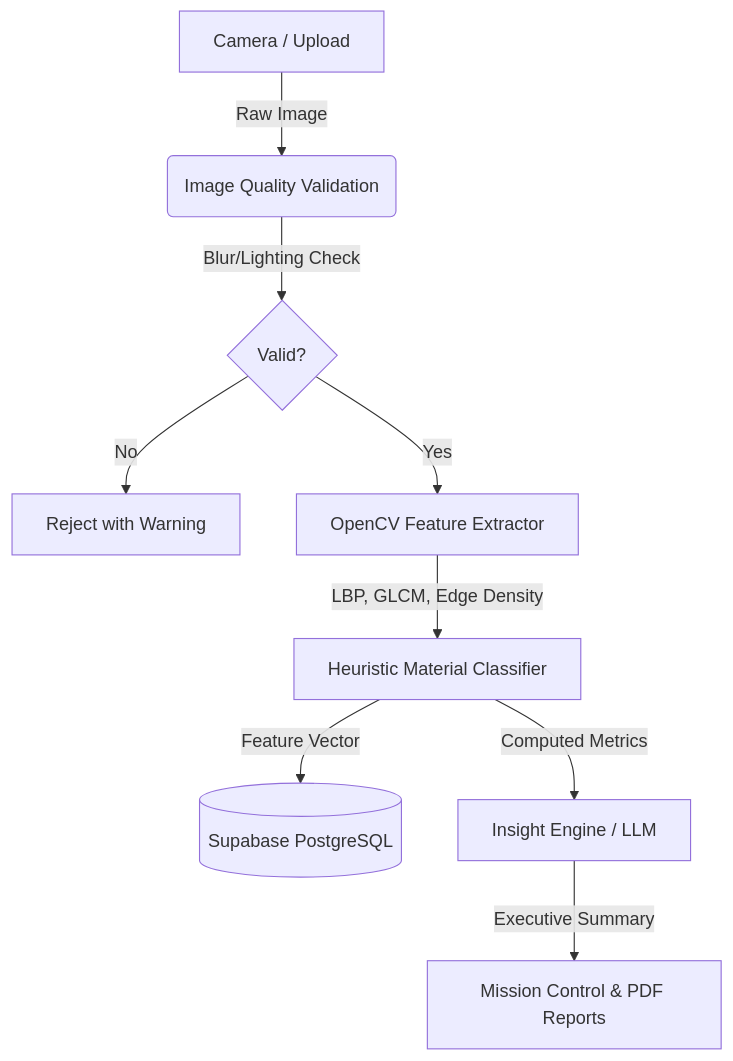
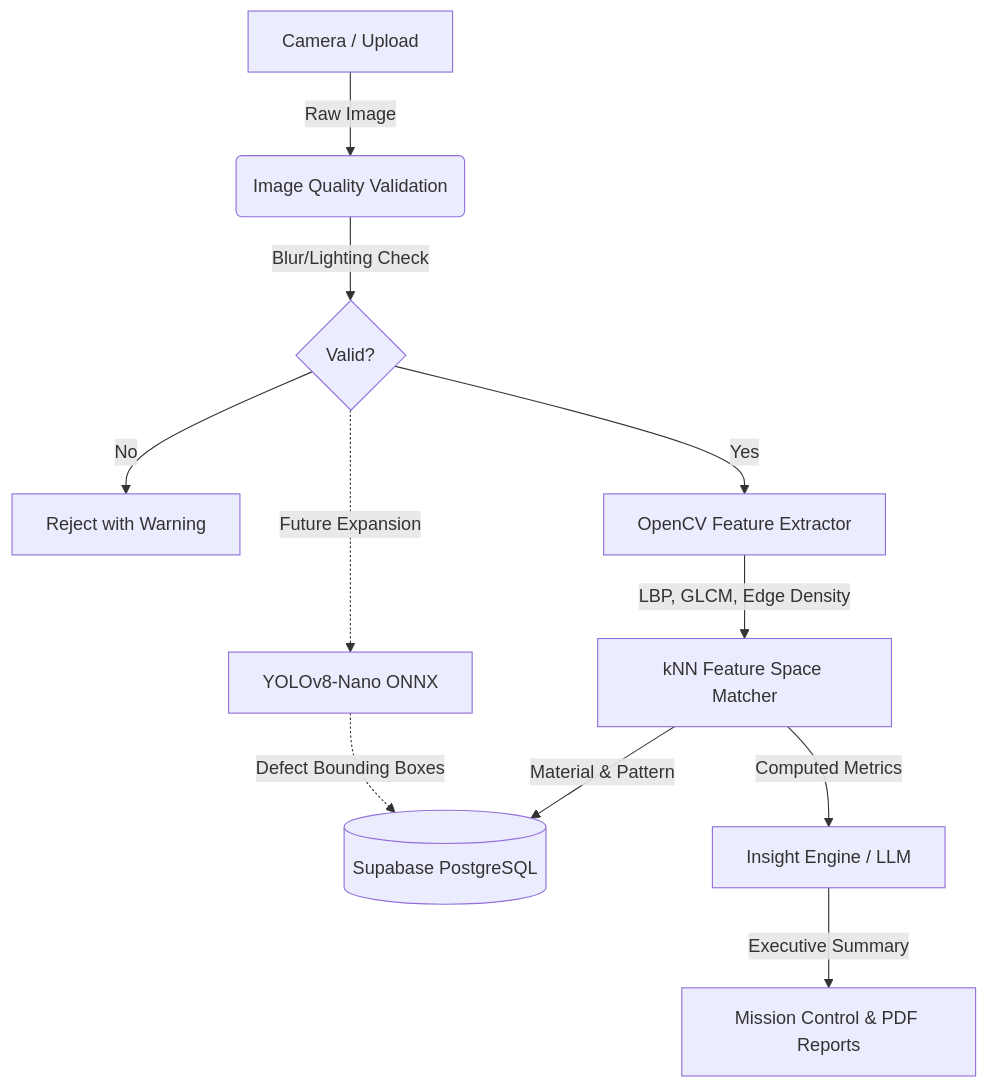
The diagram in README.md (bhargavatejagolla/threadcounty-platform), drawn with Mermaid before and after one commit. The commit also changed other lines of this file, not shown here.

Commit message:
Update README with YOLOv8-Nano roadmap for Vercel deployability

````diff
--- a/README.md
+++ b/README.md
@@ -81,13 +81,16 @@
 ```mermaid
 graph TD
     A[Camera / Upload] -->|Raw Image| B(Image Quality Validation)
     B -->|Blur/Lighting Check| C{Valid?}
     C -->|No| D[Reject with Warning]
     C -->|Yes| E[OpenCV Feature Extractor]
     
-    E -->|LBP, GLCM, Edge Density| F[Heuristic Material Classifier]
-    F -->|Feature Vector| G[(Supabase PostgreSQL)]
+    E -->|LBP, GLCM, Edge Density| F[kNN Feature Space Matcher]
+    F -->|Material & Pattern| G[(Supabase PostgreSQL)]
+    
+    C -.->|Future Expansion| Y[YOLOv8-Nano ONNX]
+    Y -.->|Defect Bounding Boxes| G
     
     F -->|Computed Metrics| H[Insight Engine / LLM]
     H -->|Executive Summary| I[Mission Control & PDF Reports]
 ```
````
